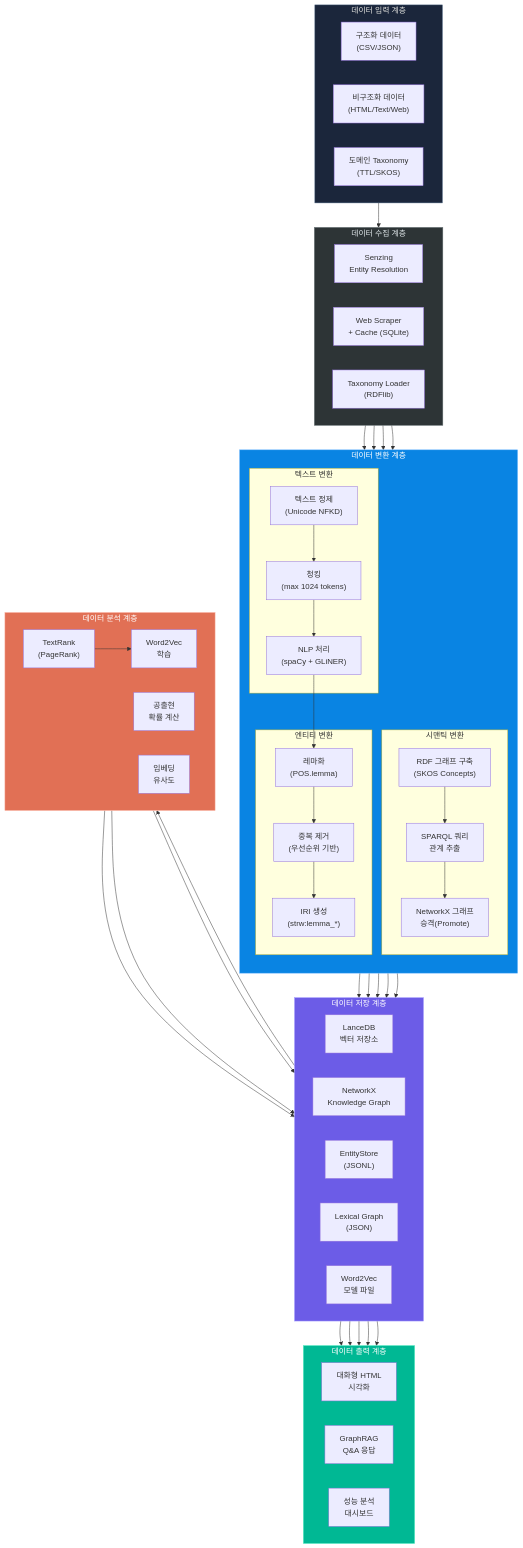
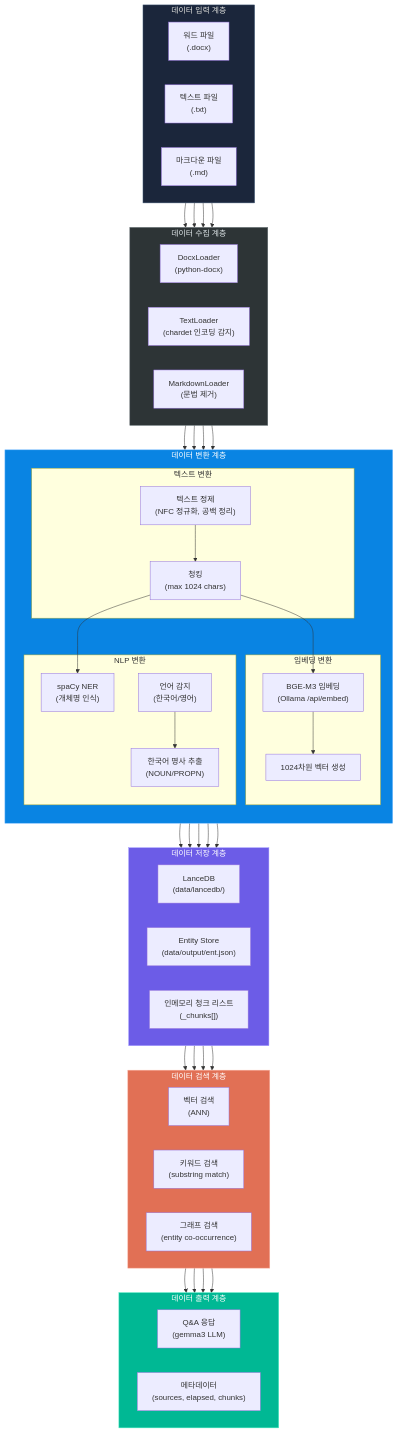
The third of 11 diagrams in docs/03_user_and_data_workflow.md (laurus-kpa007/GraphRAG-Senzing), drawn with Mermaid before and after one commit. The commit also changed other lines of this file and 4 other files, not shown here.

````diff
--- a/docs/03_user_and_data_workflow.md
+++ b/docs/03_user_and_data_workflow.md
@@ -98,97 +76,90 @@
 flowchart TB
     subgraph INPUT_LAYER["데이터 입력 계층"]
         direction LR
-        STRUCT["구조화 데이터\n(CSV/JSON)"]
-        UNSTRUCT["비구조화 데이터\n(HTML/Text/Web)"]
-        TAXONOMY["도메인 Taxonomy\n(TTL/SKOS)"]
+        DOCX["워드 파일\n(.docx)"]
+        TXT["텍스트 파일\n(.txt)"]
+        MD["마크다운 파일\n(.md)"]
     end
 
     subgraph INGEST["데이터 수집 계층"]
         direction LR
-        SZ_ER["Senzing\nEntity Resolution"]
-        SCRAPER["Web Scraper\n+ Cache (SQLite)"]
-        TAXO_LOAD["Taxonomy Loader\n(RDFlib)"]
+        DOCX_LOAD["DocxLoader\n(python-docx)"]
+        TXT_LOAD["TextLoader\n(chardet 인코딩 감지)"]
+        MD_LOAD["MarkdownLoader\n(문법 제거)"]
     end
 
     subgraph TRANSFORM["데이터 변환 계층"]
         direction TB
 
-        subgraph SEM_TRANSFORM["시맨틱 변환"]
-            RDF_BUILD["RDF 그래프 구축\n(SKOS Concepts)"]
-            SPARQL["SPARQL 쿼리\n관계 추출"]
-            PROMOTE["NetworkX 그래프\n승격(Promote)"]
+        subgraph TEXT_TRANSFORM["텍스트 변환"]
+            SCRUB["텍스트 정제\n(NFC 정규화, 공백 정리)"]
+            CHUNK_OP["청킹\n(max 1024 chars)"]
         end
 
-        subgraph TEXT_TRANSFORM["텍스트 변환"]
-            CLEAN["텍스트 정제\n(Unicode NFKD)"]
-            CHUNK_OP["청킹\n(max 1024 tokens)"]
-            NLP_PROC["NLP 처리\n(spaCy + GLiNER)"]
+        subgraph EMBED_TRANSFORM["임베딩 변환"]
+            BGE["BGE-M3 임베딩\n(Ollama /api/embed)"]
+            VEC["1024차원 벡터 생성"]
         end
 
-        subgraph ENTITY_TRANSFORM["엔티티 변환"]
-            LEMMA["레마화\n(POS.lemma)"]
-            DEDUP["중복 제거\n(우선순위 기반)"]
-            IRI_GEN["IRI 생성\n(strw:lemma_*)"]
+        subgraph NLP_TRANSFORM["NLP 변환"]
+            SPACY_NER["spaCy NER\n(개체명 인식)"]
+            KO_NOUN["한국어 명사 추출\n(NOUN/PROPN)"]
+            LANG_DET["언어 감지\n(한국어/영어)"]
         end
     end
 
     subgraph STORE["데이터 저장 계층"]
         direction LR
-        LANCE_STORE["LanceDB\n벡터 저장소"]
-        NX_GRAPH["NetworkX\nKnowledge Graph"]
-        ENT_STORE["EntityStore\n(JSONL)"]
-        LEX_STORE["Lexical Graph\n(JSON)"]
-        W2V_STORE["Word2Vec\n모델 파일"]
+        LANCE_STORE["LanceDB\n(data/lancedb/)"]
+        ENT_STORE["Entity Store\n(data/output/ent.json)"]
+        CHUNKS_MEM["인메모리 청크 리스트\n(_chunks[])"]
     end
 
-    subgraph ANALYSIS["데이터 분석 계층"]
+    subgraph QUERY["데이터 검색 계층"]
         direction LR
-        TEXTRANK["TextRank\n(PageRank)"]
-        COOCCUR["공출현\n확률 계산"]
-        W2V_TRAIN["Word2Vec\n학습"]
-        EMBED_SIM["임베딩\n유사도"]
+        VEC_SEARCH["벡터 검색\n(ANN)"]
+        KW_SEARCH["키워드 검색\n(substring match)"]
+        GRAPH_SEARCH["그래프 검색\n(entity co-occurrence)"]
     end
 
     subgraph OUTPUT_LAYER["데이터 출력 계층"]
         direction LR
-        VIS_OUT["대화형 HTML\n시각화"]
-        RAG_OUT["GraphRAG\nQ&A 응답"]
-        ANALYTICS["성능 분석\n대시보드"]
+        ANSWER["Q&A 응답\n(gemma3 LLM)"]
+        METADATA["메타데이터\n(sources, elapsed, chunks)"]
     end
 
     INPUT_LAYER --> INGEST
     INGEST --> TRANSFORM
     TRANSFORM --> STORE
-    STORE --> ANALYSIS
-    ANALYSIS --> STORE
-    STORE --> OUTPUT_LAYER
+    STORE --> QUERY
+    QUERY --> OUTPUT_LAYER
 
-    SZ_ER --> RDF_BUILD
-    SCRAPER --> CLEAN
-    TAXO_LOAD --> RDF_BUILD
+    DOCX --> DOCX_LOAD
+    TXT --> TXT_LOAD
+    MD --> MD_LOAD
 
-    CLEAN --> CHUNK_OP --> NLP_PROC
-    NLP_PROC --> LEMMA --> DEDUP --> IRI_GEN
+    DOCX_LOAD --> SCRUB
+    TXT_LOAD --> SCRUB
+    MD_LOAD --> SCRUB
 
-    RDF_BUILD --> SPARQL --> PROMOTE
+    SCRUB --> CHUNK_OP
+    CHUNK_OP --> BGE --> VEC --> LANCE_STORE
+    CHUNK_OP --> SPACY_NER --> ENT_STORE
+    CHUNK_OP --> CHUNKS_MEM
+    LANG_DET --> KO_NOUN --> ENT_STORE
 
-    PROMOTE --> NX_GRAPH
-    NLP_PROC --> LANCE_STORE
-    IRI_GEN --> ENT_STORE
-    NLP_PROC --> LEX_STORE
+    LANCE_STORE --> VEC_SEARCH
+    CHUNKS_MEM --> KW_SEARCH
+    ENT_STORE --> GRAPH_SEARCH
 
-    TEXTRANK --> W2V_TRAIN --> W2V_STORE
-    COOCCUR --> NX_GRAPH
-
-    NX_GRAPH --> VIS_OUT
-    NX_GRAPH --> RAG_OUT
-    LANCE_STORE --> RAG_OUT
-    W2V_STORE --> RAG_OUT
+    VEC_SEARCH --> ANSWER
+    KW_SEARCH --> ANSWER
+    GRAPH_SEARCH --> ANSWER
 
     style INPUT_LAYER fill:#1b263b,stroke:#415a77,color:#e0e1dd
     style INGEST fill:#2d3436,stroke:#636e72,color:#dfe6e9
     style TRANSFORM fill:#0984e3,stroke:#74b9ff,color:#fff
     style STORE fill:#6c5ce7,stroke:#a29bfe,color:#fff
-    style ANALYSIS fill:#e17055,stroke:#fab1a0,color:#fff
+    style QUERY fill:#e17055,stroke:#fab1a0,color:#fff
     style OUTPUT_LAYER fill:#00b894,stroke:#55efc4,color:#fff
 ```
````
